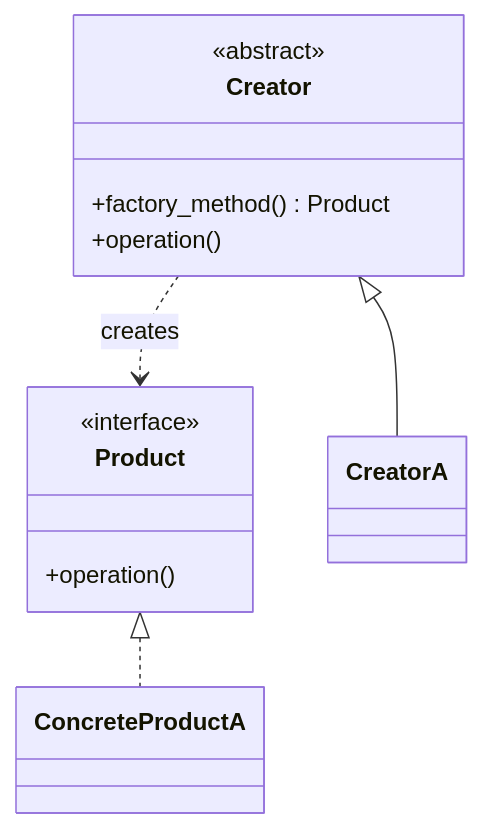
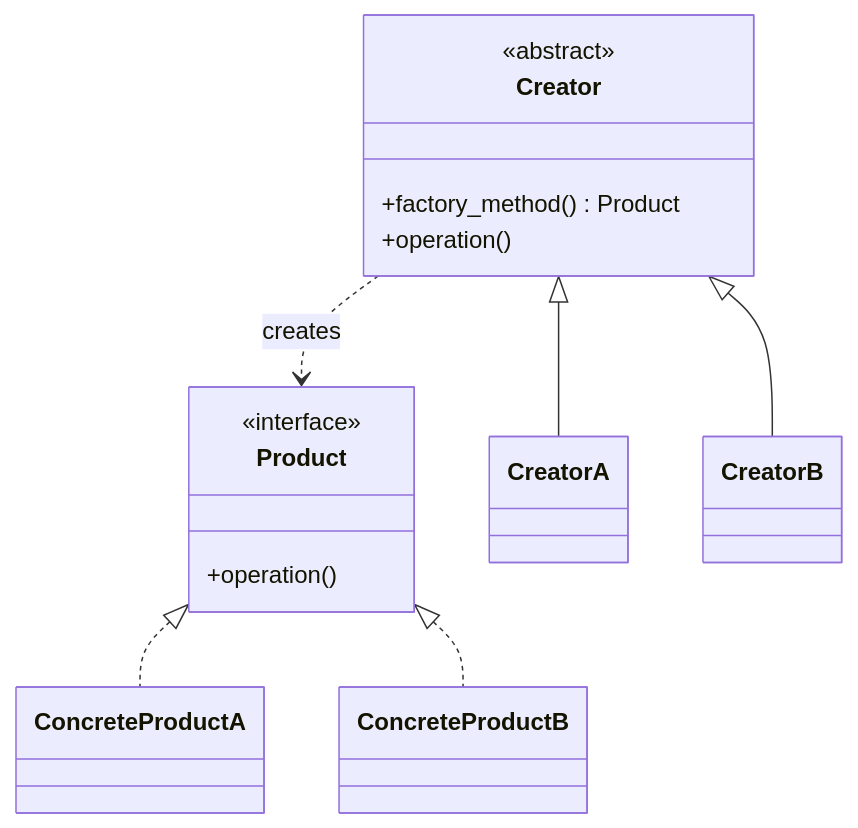
Before and after one commit to Lightbridge-KS/software-design-ai-era: the second of 2 diagrams in src/content/docs/part-3-patterns/10-factories.mdx, drawn with Mermaid. The commit also changed other lines of this file and 1 other file, not shown here.

First line of the commit message:
docs: show both concrete variants in Factory and Template Method cheat sheets

````diff
--- a/src/content/docs/part-3-patterns/10-factories.mdx
+++ b/src/content/docs/part-3-patterns/10-factories.mdx
@@ -313,15 +313,17 @@
 ```mermaid
 classDiagram
     class Creator {
         <<abstract>>
         +factory_method() Product
         +operation()
     }
     class Product {
         <<interface>>
         +operation()
     }
     Creator ..> Product : creates
     Creator <|-- CreatorA
+    Creator <|-- CreatorB
     Product <|.. ConcreteProductA
+    Product <|.. ConcreteProductB
 ```
````
